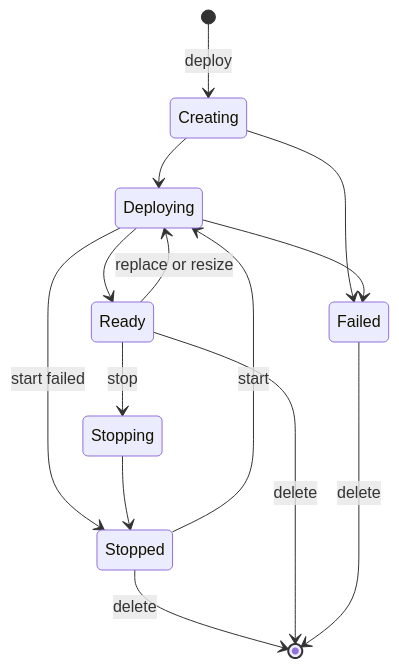
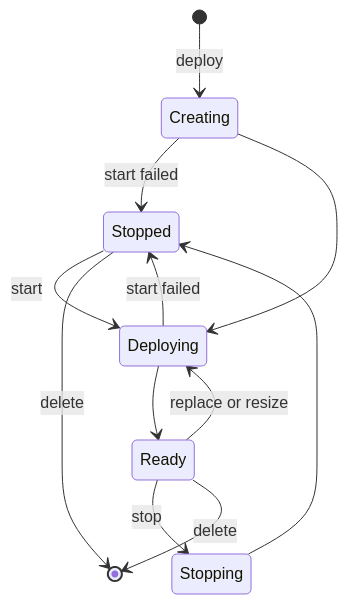
The first of 2 diagrams in docs/en/platform/deploy/endpoints.md (ultralytics/ultralytics), drawn with Mermaid before and after one commit. The commit also changed other lines of this file and 1 other file, not shown here.

Commit message:
Align docs diagrams with current Platform behavior and fix Axelera diagram labels (#26562)

````diff
--- a/docs/en/platform/deploy/endpoints.md
+++ b/docs/en/platform/deploy/endpoints.md
@@ -42,17 +42,14 @@
 ```mermaid
 stateDiagram-v2
     [*] --> Creating: deploy
     Stopped --> Deploying: start
     Stopped --> [*]: delete
     Ready --> Stopping: stop
     Ready --> Deploying: replace or resize
     Deploying --> Stopped: start failed
     Stopping --> Stopped
-    Creating --> Failed
+    Creating --> Stopped: start failed
     Creating --> Deploying
     Deploying --> Ready
     Ready --> [*]: delete
-    Deploying --> Failed
-    Failed --> [*]: delete
-    class Failed error
 ```
````
